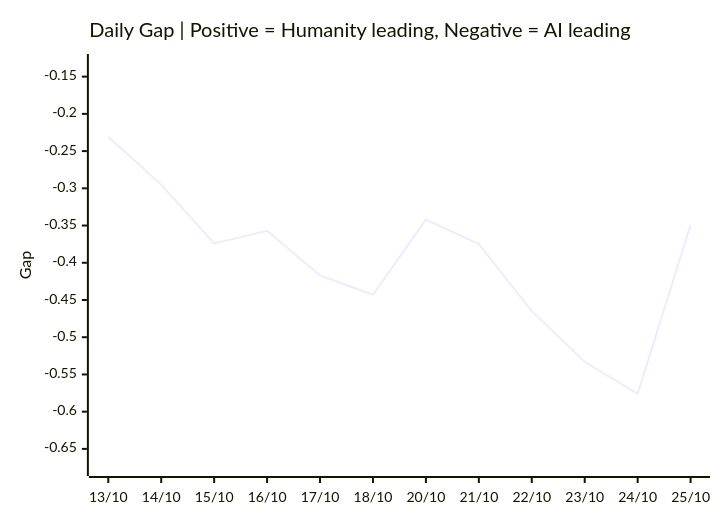
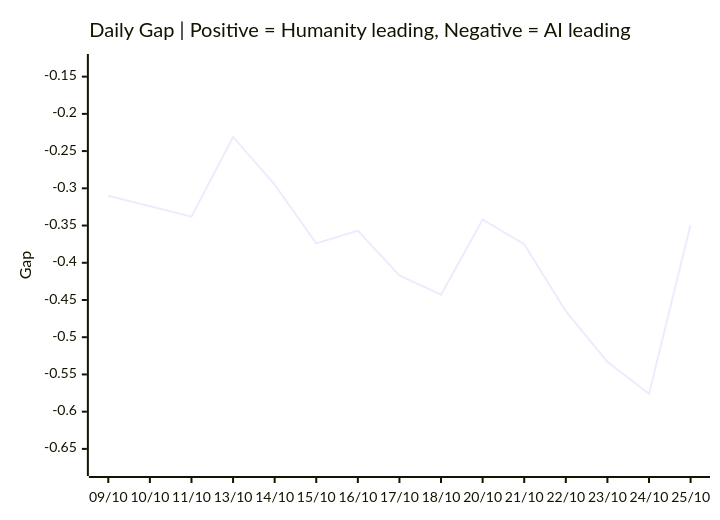
Before and after one commit to VQQLK/Human-AI-Monitor: the third of 3 diagrams in README.md, drawn with Mermaid. The commit also changed other lines of this file and 2 other files, not shown here.

Commit message:
chore: sync latest [skip ci]

````diff
--- a/README.md
+++ b/README.md
@@ -55,7 +55,7 @@
 ```mermaid
 xychart-beta
     title "Daily Gap | Positive = Humanity leading, Negative = AI leading"
-    x-axis ["13/10", "14/10", "15/10", "16/10", "17/10", "18/10", "20/10", "21/10", "22/10", "23/10", "24/10", "25/10"]
+    x-axis ["09/10", "10/10", "11/10", "13/10", "14/10", "15/10", "16/10", "17/10", "18/10", "20/10", "21/10", "22/10", "23/10", "24/10", "25/10"]
     y-axis "Gap" -0.675 --> -0.131
-    line [-0.231, -0.295, -0.374, -0.357, -0.417, -0.443, -0.342, -0.375, -0.465, -0.533, -0.576, -0.349]
+    line [-0.310, -0.324, -0.338, -0.231, -0.295, -0.374, -0.357, -0.417, -0.443, -0.342, -0.375, -0.465, -0.533, -0.576, -0.349]
 ```
````
